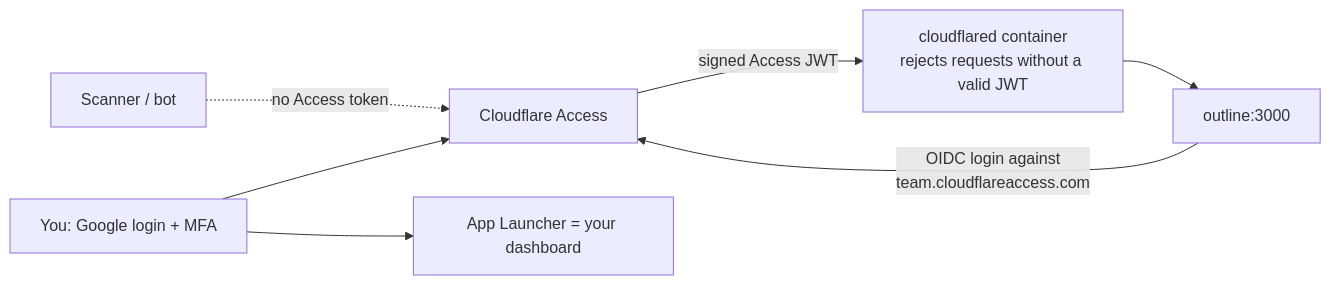
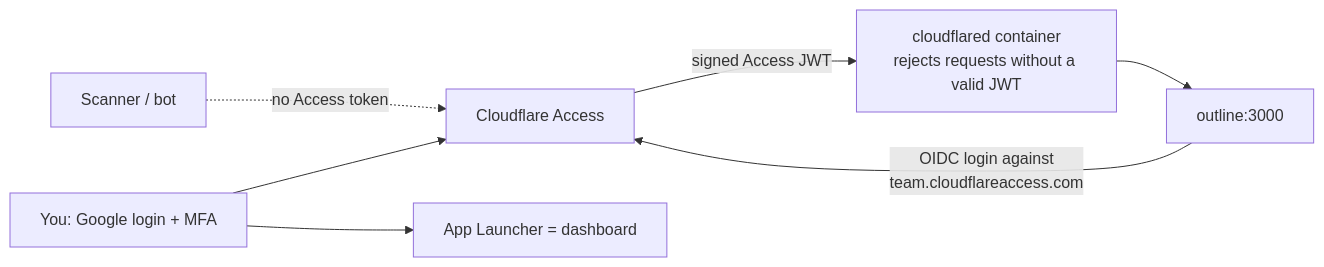
Before and after one commit to Dheeraj-Bhaskaruni/outline_authentik_ansible_playbook: the diagram in docs/cloudflare-security.md, drawn with Mermaid. The commit also changed other lines of this file and 40 other files, not shown here.

````diff
--- a/docs/cloudflare-security.md
+++ b/docs/cloudflare-security.md
@@ -10,9 +10,9 @@
 ```mermaid
 flowchart LR
   Bot[Scanner / bot] -. no Access token .-> Edge
   User[You: Google login + MFA] --> Edge[Cloudflare Access]
   Edge -->|signed Access JWT| Tunnel[cloudflared container\nrejects requests without a valid JWT]
   Tunnel --> Outline[outline:3000]
   Outline -->|OIDC login against\nteam.cloudflareaccess.com| Edge
-  User --> Launcher[App Launcher = your dashboard]
+  User --> Launcher[App Launcher = dashboard]
 ```
````
